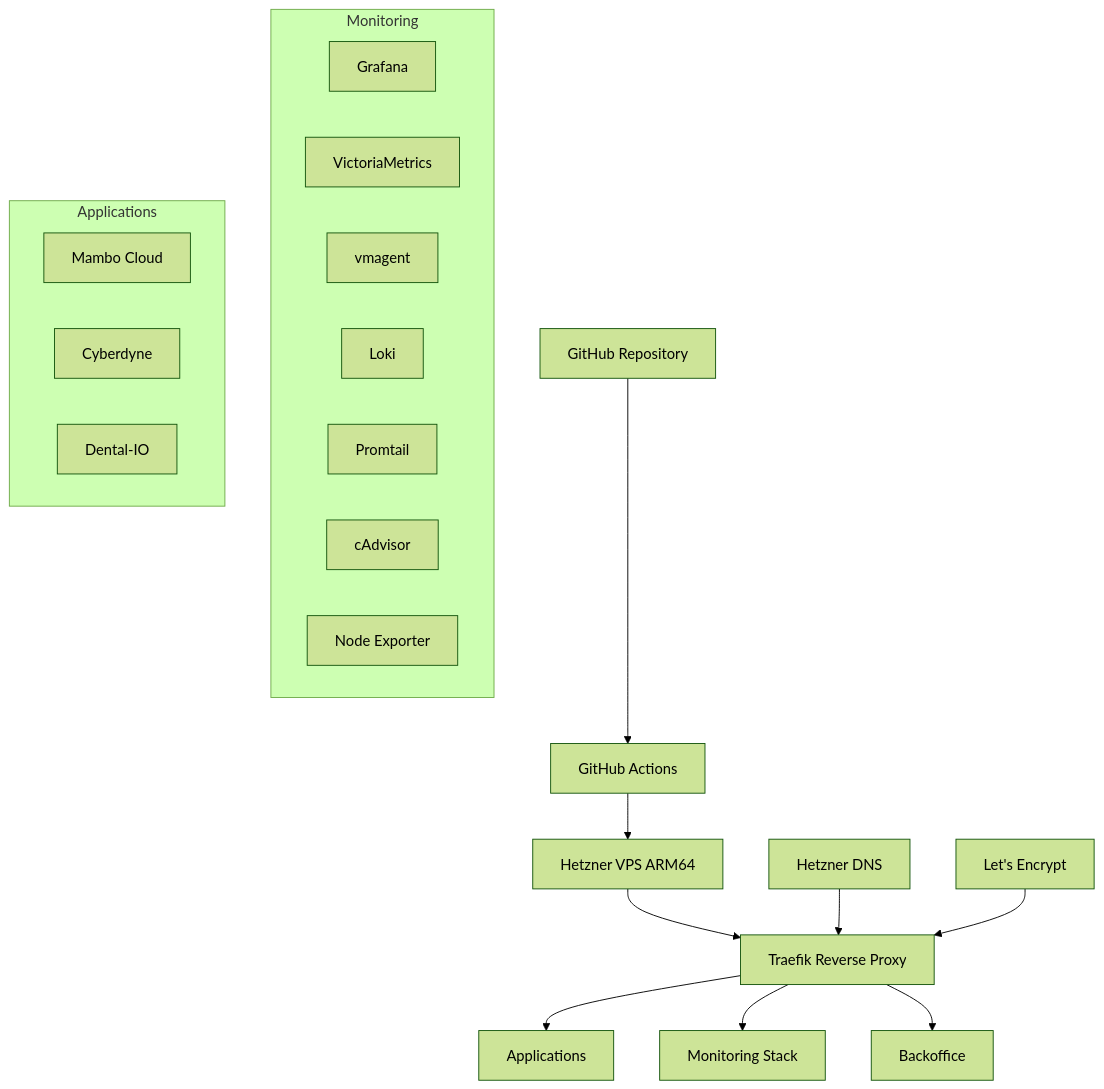
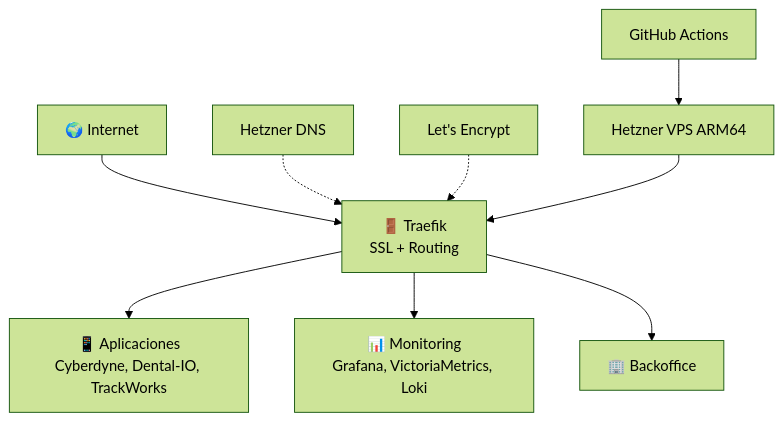
Before and after one commit to TechnoSpartan/iac-code-spartan: the diagram in README.md, drawn with Mermaid (forest theme). The commit also changed other lines of this file and 3 other files, not shown here.

First line of the commit message:
docs: Complete Zero Trust architecture documentation and implementation plan

````diff
--- a/README.md
+++ b/README.md
@@ -30,28 +34,14 @@
 ```mermaid
-graph TD
-    A[GitHub Repository] --> B[GitHub Actions]
-    B --> C[Hetzner VPS ARM64]
-    C --> D[Traefik Reverse Proxy]
-    D --> E[Applications]
-    D --> F[Monitoring Stack]
-    D --> G[Backoffice]
-    
-    H[Hetzner DNS] --> D
-    I[Let's Encrypt] --> D
-    
-    subgraph "Monitoring"
-        F1[Grafana]
-        F2[VictoriaMetrics]
-        F3[vmagent]
-        F4[Loki]
-        F5[Promtail]
-        F6[cAdvisor]
-        F7[Node Exporter]
-    end
-    
-    subgraph "Applications"
-        E1[Mambo Cloud]
-        E2[Cyberdyne]
-        E3[Dental-IO]
-    end
+graph TB
+    Internet[🌍 Internet] --> Traefik[🚪 Traefik<br/>SSL + Routing]
+
+    Traefik --> Apps[📱 Aplicaciones<br/>Cyberdyne, Dental-IO, TrackWorks]
+    Traefik --> Mon[📊 Monitoring<br/>Grafana, VictoriaMetrics, Loki]
+    Traefik --> Back[🏢 Backoffice]
+
+    DNS[Hetzner DNS] -.-> Traefik
+    LE[Let's Encrypt] -.-> Traefik
+
+    CI[GitHub Actions] --> VPS[Hetzner VPS ARM64]
+    VPS --> Traefik
 ```
````
